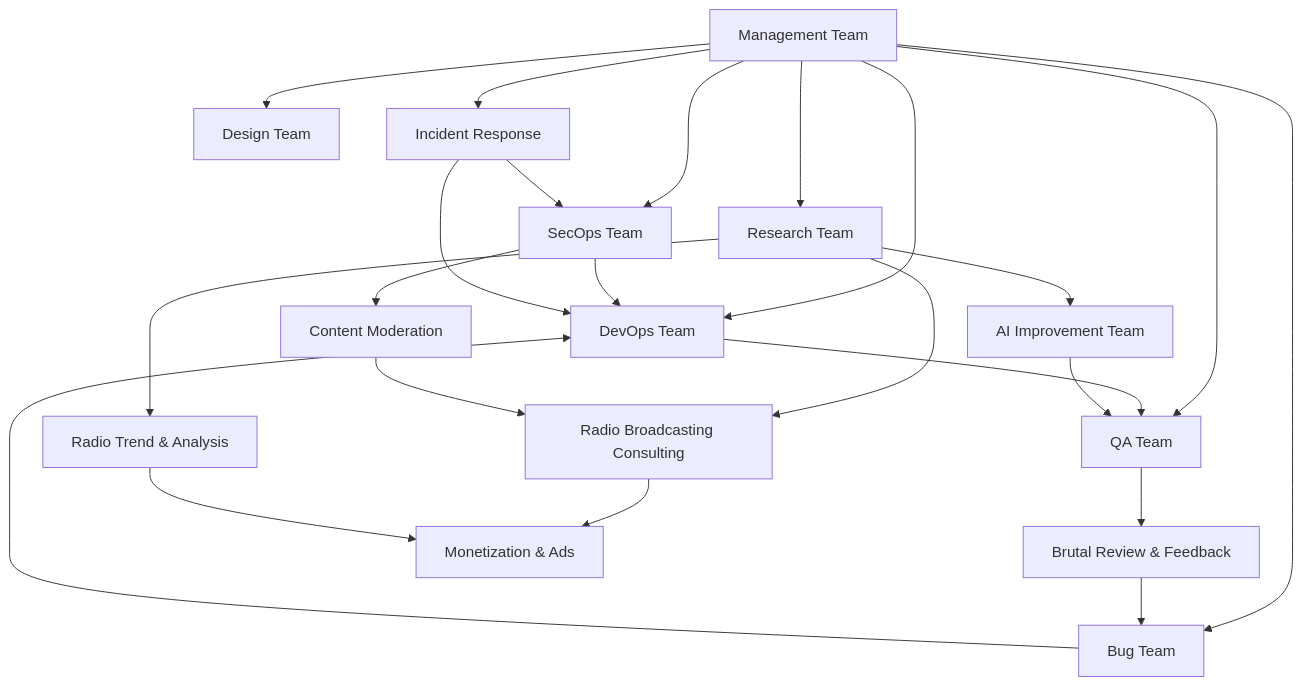
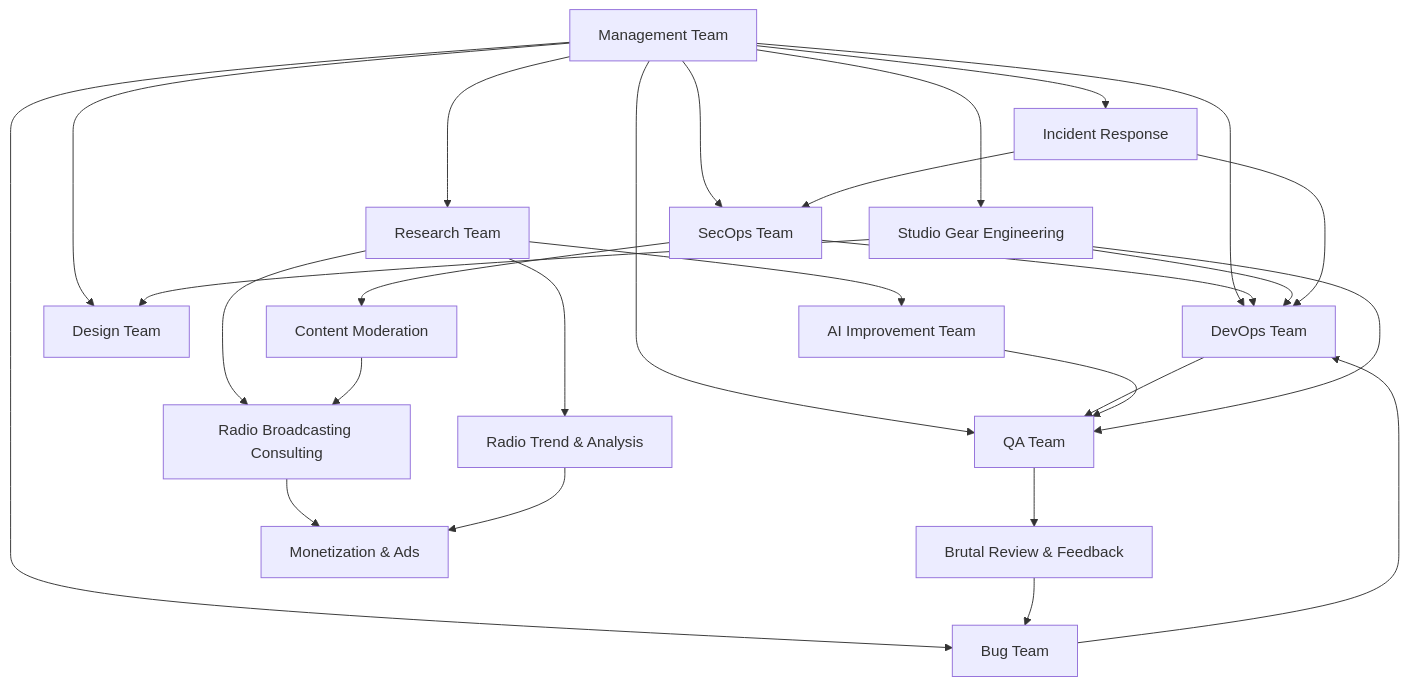
The diagram in AGENTS.md (cliztech/robo), drawn with Mermaid before and after one commit. The commit also changed other lines of this file and 20 other files, not shown here.

````diff
--- a/AGENTS.md
+++ b/AGENTS.md
@@ -354,29 +351,34 @@
 ```mermaid
 graph TB
     MGT[Management Team] --> DEV[DevOps Team]
     MGT --> SEC[SecOps Team]
     MGT --> DES[Design Team]
     MGT --> RES[Research Team]
     MGT --> QA[QA Team]
     MGT --> BUG[Bug Team]
     MGT --> IR[Incident Response]
+    MGT --> SGE[Studio Gear Engineering]
 
     RES --> AI[AI Improvement Team]
     RES --> RTA[Radio Trend & Analysis]
     RES --> RBC[Radio Broadcasting Consulting]
 
     DEV --> QA
     QA --> BRF[Brutal Review & Feedback]
     BRF --> BUG
     BUG --> DEV
 
     SEC --> DEV
     SEC --> CM[Content Moderation]
     CM --> RBC
     RBC --> MON[Monetization & Ads]
     RTA --> MON
     AI --> QA
 
+    SGE --> DES
+    SGE --> QA
+    SGE --> DEV
+
     IR --> DEV
     IR --> SEC
 ```
````
